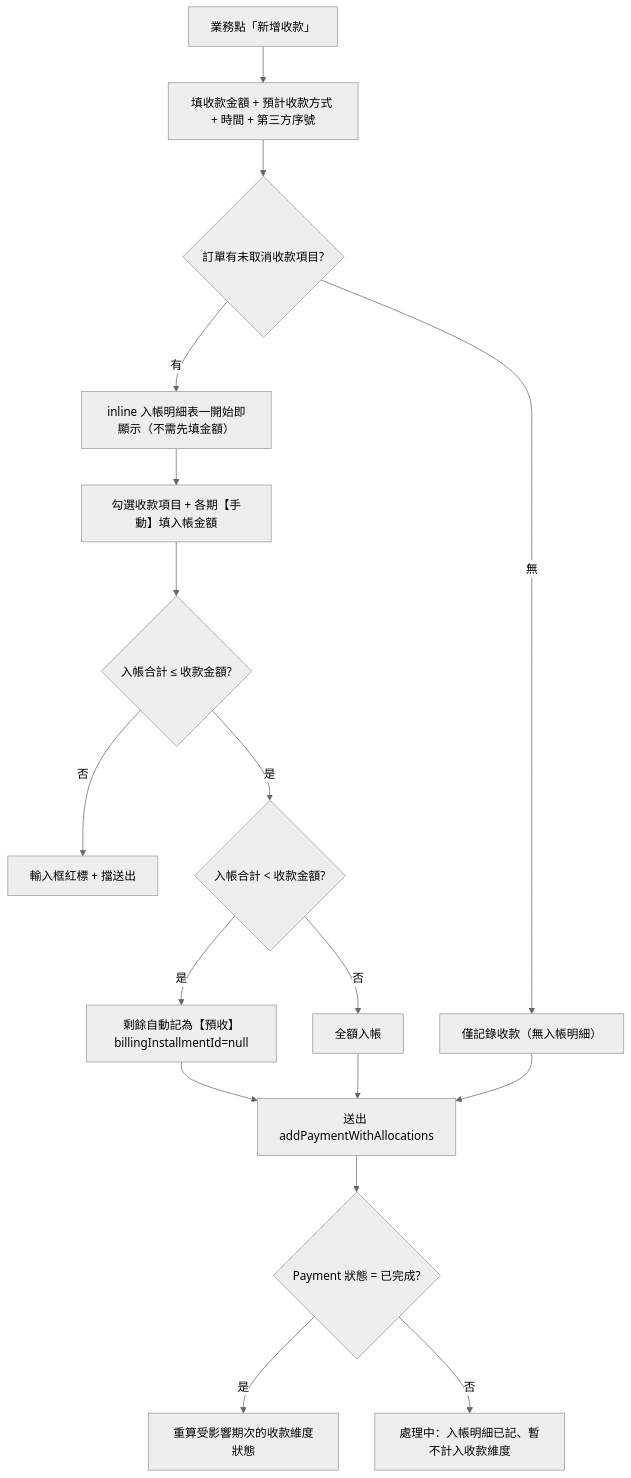
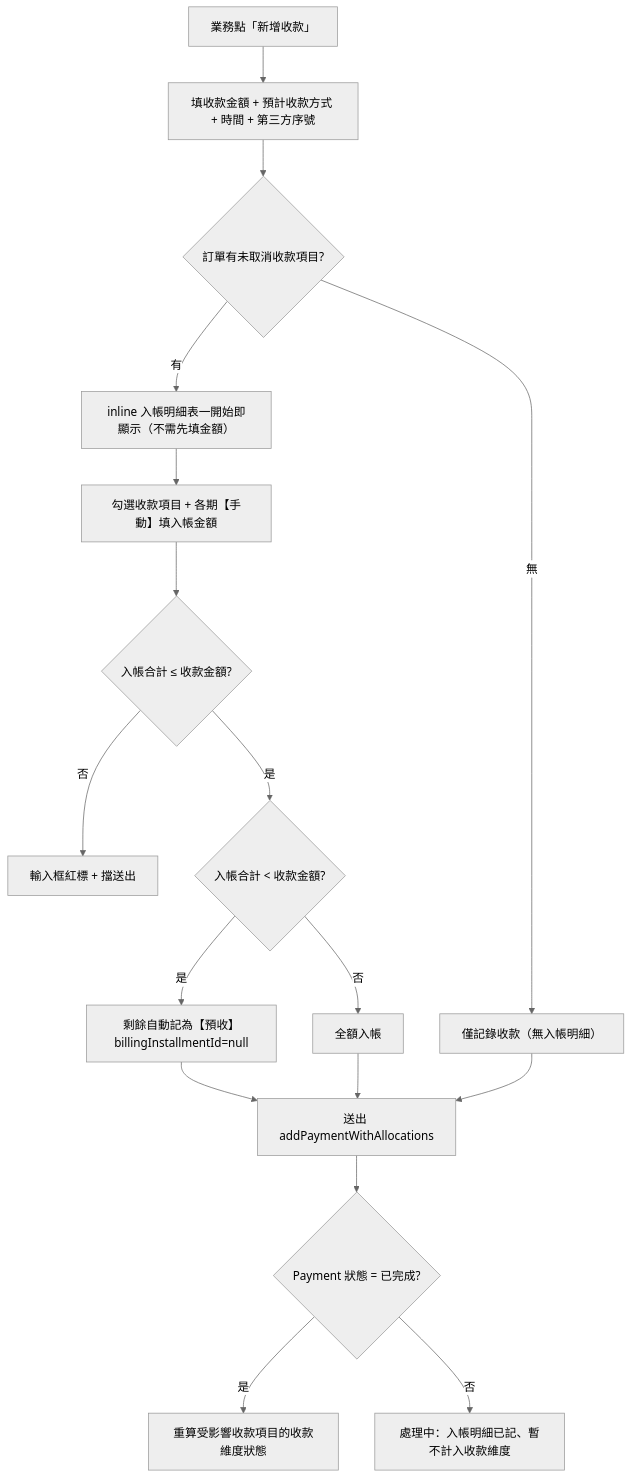
One commit to Kawato-Miles/erp-spec changed the fourth of 6 diagrams in memory/Sens_wiki/wiki/erp/12-insights/2026-05-29-款項發票四來源一致性比對.md. Above: the diagram before and after it, drawn with Mermaid (neutral theme). The commit also changed other lines of this file and 49 other files, not shown here.

````diff
--- a/memory/Sens_wiki/wiki/erp/12-insights/2026-05-29-款項發票四來源一致性比對.md
+++ b/memory/Sens_wiki/wiki/erp/12-insights/2026-05-29-款項發票四來源一致性比對.md
@@ -78,19 +78,19 @@
 ```mermaid
 flowchart TD
   A["業務點「新增收款」"] --> B["填收款金額 + 預計收款方式 + 時間 + 第三方序號"]
   B --> C{"訂單有未取消收款項目?"}
   C -- 有 --> D["inline 入帳明細表一開始即顯示（不需先填金額）"]
   C -- 無 --> Z["僅記錄收款（無入帳明細）"]
   D --> E["勾選收款項目 + 各期【手動】填入帳金額"]
   E --> F{"入帳合計 ≤ 收款金額?"}
   F -- 否 --> G["輸入框紅標 + 擋送出"]
   F -- 是 --> H{"入帳合計 < 收款金額?"}
   H -- 是 --> I["剩餘自動記為【預收】billingInstallmentId=null"]
   H -- 否 --> J["全額入帳"]
   I --> K["送出 addPaymentWithAllocations"]
   J --> K
   Z --> K
   K --> L{"Payment 狀態 = 已完成?"}
-  L -- 是 --> M["重算受影響期次的收款維度狀態"]
+  L -- 是 --> M["重算受影響收款項目的收款維度狀態"]
   L -- 否 --> N["處理中：入帳明細已記、暫不計入收款維度"]
 ```
````
